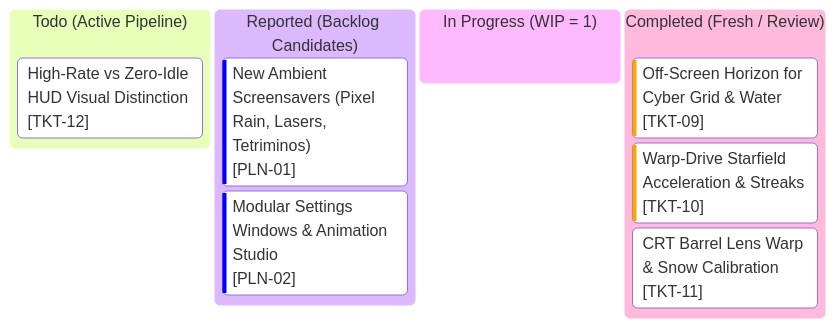
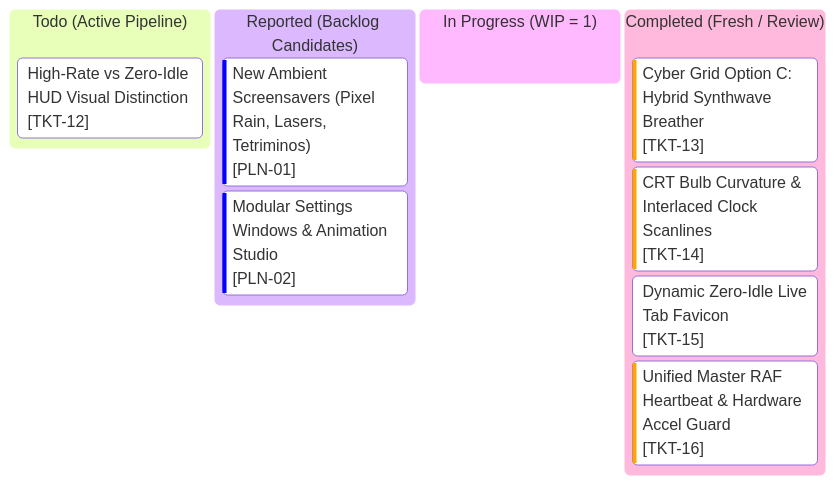
One commit to AlitheiaDeus/Clockity changed the diagram in kanban.md. Above: the diagram before and after it, drawn with Mermaid. The commit also changed other lines of this file and 7 other files, not shown here.

Commit message:
feat(sprint-4): hybrid cyber grid, CRT scanlines, live favicon, and master RAF heartbeat

````diff
--- a/kanban.md
+++ b/kanban.md
@@ -3,13 +3,14 @@
 ```mermaid
 kanban
   todo["Todo (Active Pipeline)"]
     tkt12["High-Rate vs Zero-Idle HUD Visual Distinction"]@{ ticket: '[TKT-12]', priority: 'Medium' }
   reported["Reported (Backlog Candidates)"]
     pln01["New Ambient Screensavers (Pixel Rain, Lasers, Tetriminos)"]@{ ticket: '[PLN-01]', priority: 'Low' }
     pln02["Modular Settings Windows & Animation Studio"]@{ ticket: '[PLN-02]', priority: 'Low' }
   in_progress["In Progress (WIP = 1)"]
   completed["Completed (Fresh / Review)"]
-    tkt09["Off-Screen Horizon for Cyber Grid & Water"]@{ ticket: '[TKT-09]', priority: 'High' }
-    tkt10["Warp-Drive Starfield Acceleration & Streaks"]@{ ticket: '[TKT-10]', priority: 'High' }
-    tkt11["CRT Barrel Lens Warp & Snow Calibration"]@{ ticket: '[TKT-11]', priority: 'Medium' }
+    tkt13["Cyber Grid Option C: Hybrid Synthwave Breather"]@{ ticket: '[TKT-13]', priority: 'High' }
+    tkt14["CRT Bulb Curvature & Interlaced Clock Scanlines"]@{ ticket: '[TKT-14]', priority: 'High' }
+    tkt15["Dynamic Zero-Idle Live Tab Favicon"]@{ ticket: '[TKT-15]', priority: 'Medium' }
+    tkt16["Unified Master RAF Heartbeat & Hardware Accel Guard"]@{ ticket: '[TKT-16]', priority: 'High' }
 ```
````
